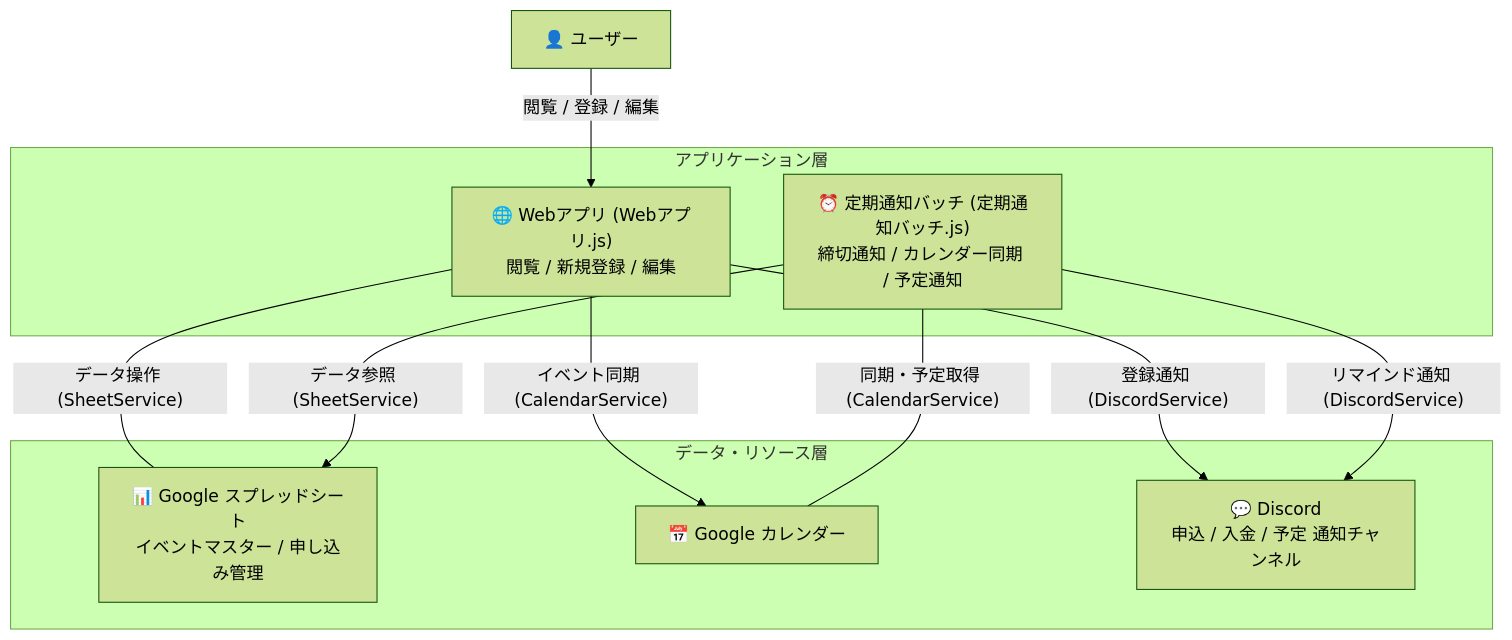
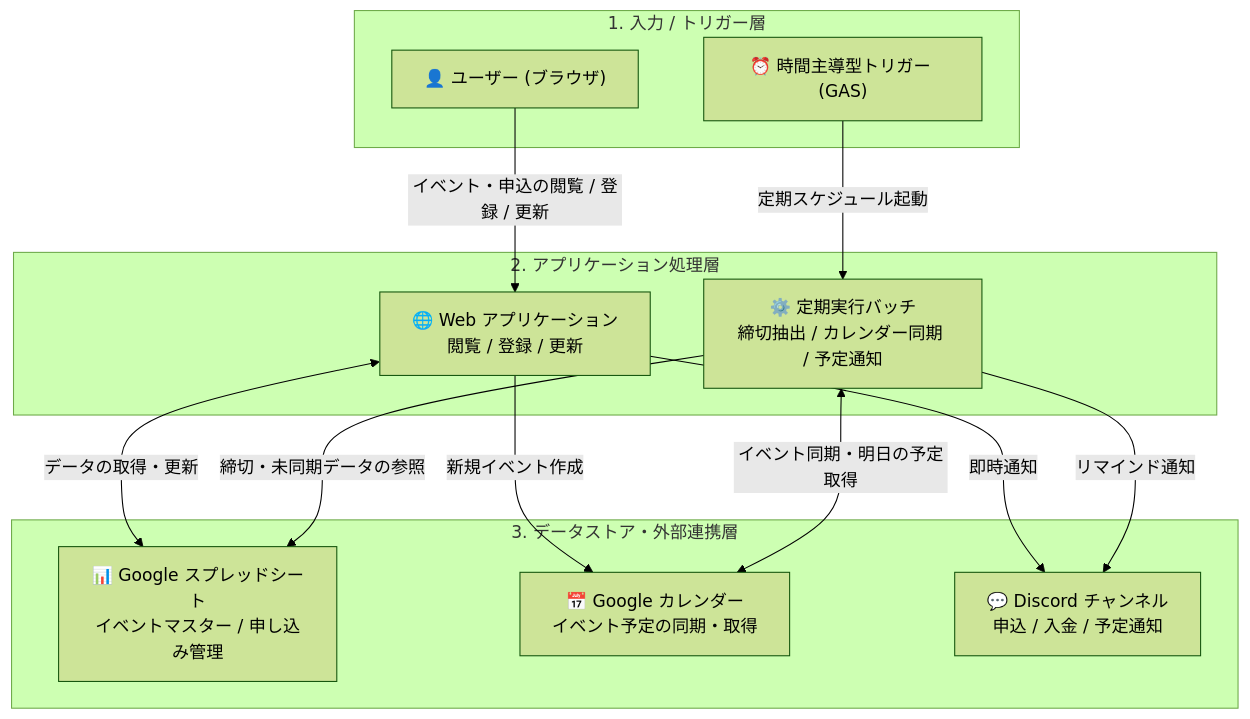
Before and after one commit to miyagey/discord-notifier: the diagram in docs/SYSTEM_SPEC.md, drawn with Mermaid (forest theme). The commit also changed other lines of this file and 10 other files, not shown here.

````diff
--- a/docs/SYSTEM_SPEC.md
+++ b/docs/SYSTEM_SPEC.md
@@ -14,25 +14,29 @@
 ```mermaid
 flowchart TB
-    User["👤 ユーザー"]
-
-    subgraph AppLayer ["アプリケーション層"]
-        WebApp["🌐 Webアプリ (Webアプリ.js)<br>閲覧 / 新規登録 / 編集"]
-        Batch["⏰ 定期通知バッチ (定期通知バッチ.js)<br>締切通知 / カレンダー同期 / 予定通知"]
+    subgraph InputLayer ["1. 入力 / トリガー層"]
+        User["👤 ユーザー (ブラウザ)"]
+        Trigger["⏰ 時間主導型トリガー (GAS)"]
     end
 
-    subgraph ResourceLayer ["データ・リソース層"]
-        GSheet["📊 Google スプレッドシート<br>イベントマスター / 申し込み管理"]
-        GCal["📅 Google カレンダー"]
-        Discord["💬 Discord<br>申込 / 入金 / 予定 通知チャンネル"]
+    subgraph ProcessLayer ["2. アプリケーション処理層"]
+        WebApp["🌐 Web アプリケーション<br>閲覧 / 登録 / 更新"]
+        Batch["⚙️ 定期実行バッチ<br>締切抽出 / カレンダー同期 / 予定通知"]
     end
 
-    User -->|閲覧 / 登録 / 編集| WebApp
+    subgraph ResourceLayer ["3. データストア・外部連携層"]
+        GSheet["📊 Google スプレッドシート<br>イベントマスター / 申し込み管理"]
+        GCal["📅 Google カレンダー<br>イベント予定の同期・取得"]
+        Discord["💬 Discord チャンネル<br>申込 / 入金 / 予定通知"]
+    end
 
-    WebApp ---|"データ操作 (SheetService)"| GSheet
-    WebApp -->|"イベント同期 (CalendarService)"| GCal
-    WebApp -->|"登録通知 (DiscordService)"| Discord
+    User -->|"イベント・申込の閲覧 / 登録 / 更新"| WebApp
+    Trigger -->|"定期スケジュール起動"| Batch
 
-    Batch -->|"データ参照 (SheetService)"| GSheet
-    Batch ---|"同期・予定取得 (CalendarService)"| GCal
-    Batch -->|"リマインド通知 (DiscordService)"| Discord
+    WebApp <-->|"データの取得・更新"| GSheet
+    WebApp -->|"新規イベント作成"| GCal
+    WebApp -->|"即時通知"| Discord
+
+    Batch -->|"締切・未同期データの参照"| GSheet
+    Batch <-->|"イベント同期・明日の予定取得"| GCal
+    Batch -->|"リマインド通知"| Discord
 ```
````
